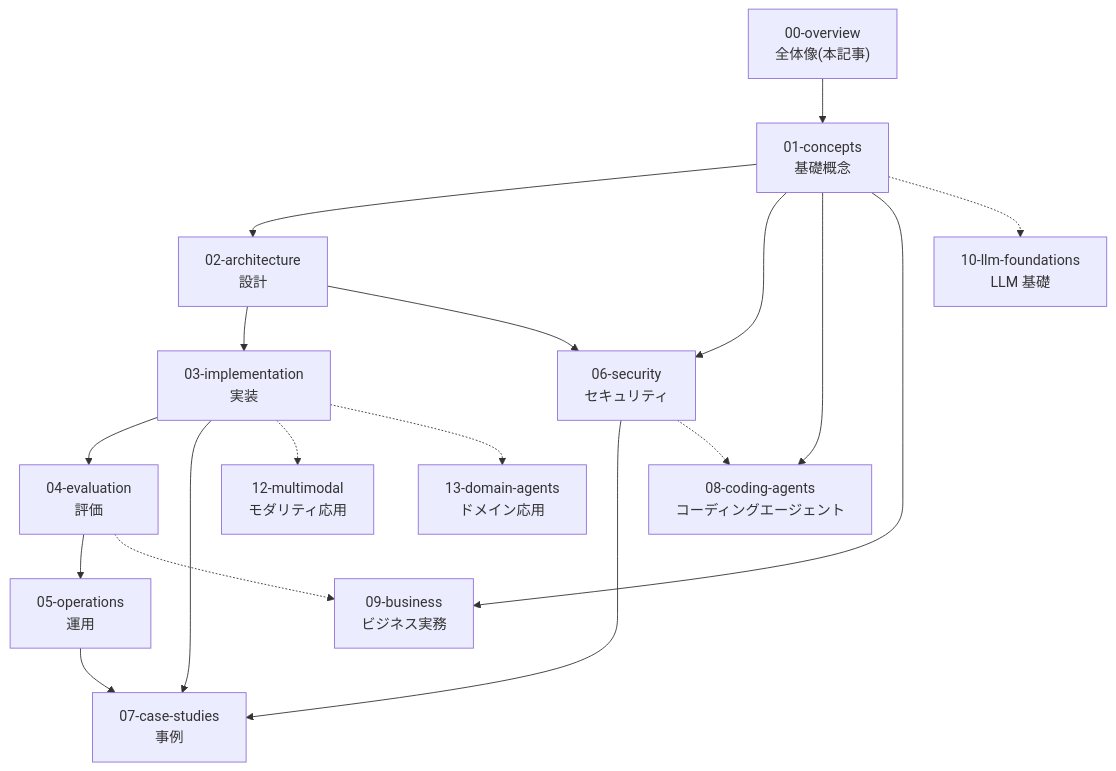
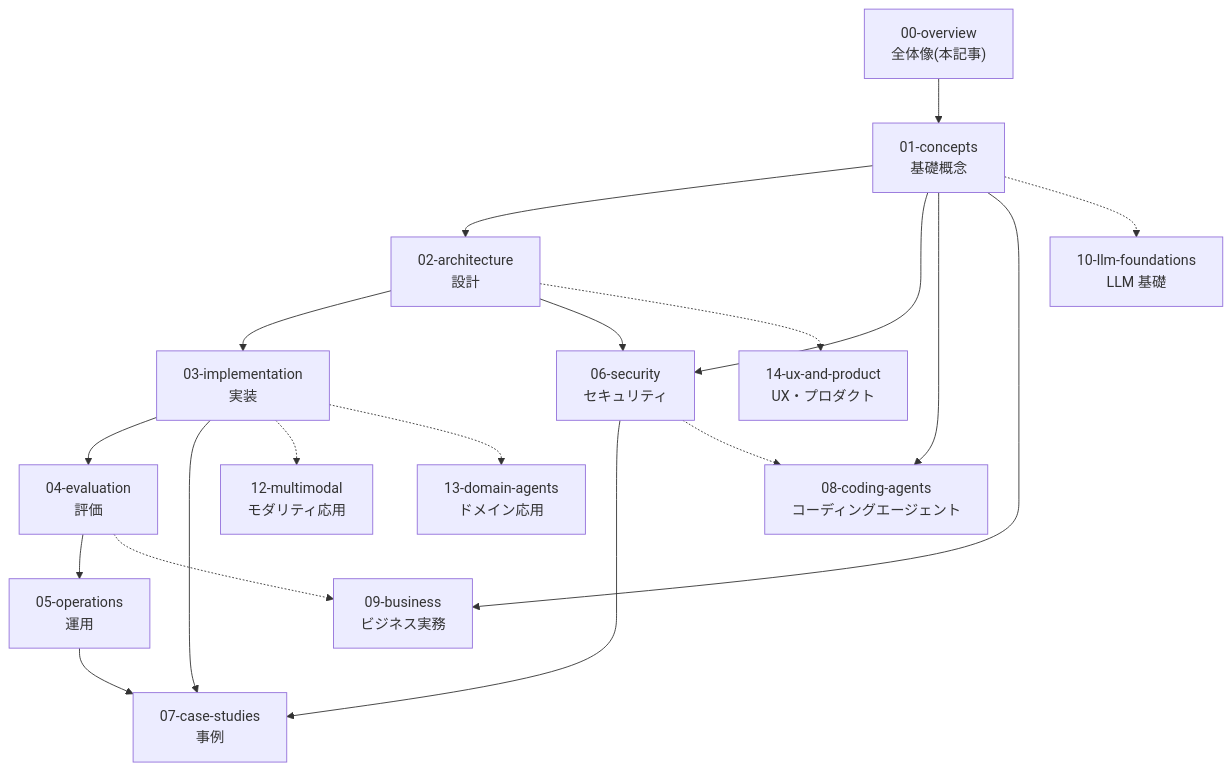
The diagram in docs/00-overview/learning-roadmap.md (pero3dev/ai-agent-library), drawn with Mermaid before and after one commit. The commit also changed other lines of this file and 23 other files, not shown here.

````diff
--- a/docs/00-overview/learning-roadmap.md
+++ b/docs/00-overview/learning-roadmap.md
@@ -32,20 +32,21 @@
 ```mermaid
 flowchart TD
     O["00-overview<br/>全体像(本記事)"] --> C1["01-concepts<br/>基礎概念"]
     C1 --> A2["02-architecture<br/>設計"]
     A2 --> I3["03-implementation<br/>実装"]
     I3 --> E4["04-evaluation<br/>評価"]
     E4 --> P5["05-operations<br/>運用"]
     C1 --> S6["06-security<br/>セキュリティ"]
     A2 --> S6
     I3 --> CS7["07-case-studies<br/>事例"]
     S6 --> CS7
     P5 --> CS7
     C1 --> CA8["08-coding-agents<br/>コーディングエージェント"]
     S6 -.-> CA8
     C1 --> B9["09-business<br/>ビジネス実務"]
     E4 -.-> B9
     C1 -.-> F10["10-llm-foundations<br/>LLM 基礎"]
     I3 -.-> MM12["12-multimodal<br/>モダリティ応用"]
     I3 -.-> DA13["13-domain-agents<br/>ドメイン応用"]
+    A2 -.-> UX14["14-ux-and-product<br/>UX・プロダクト"]
 ```
````
